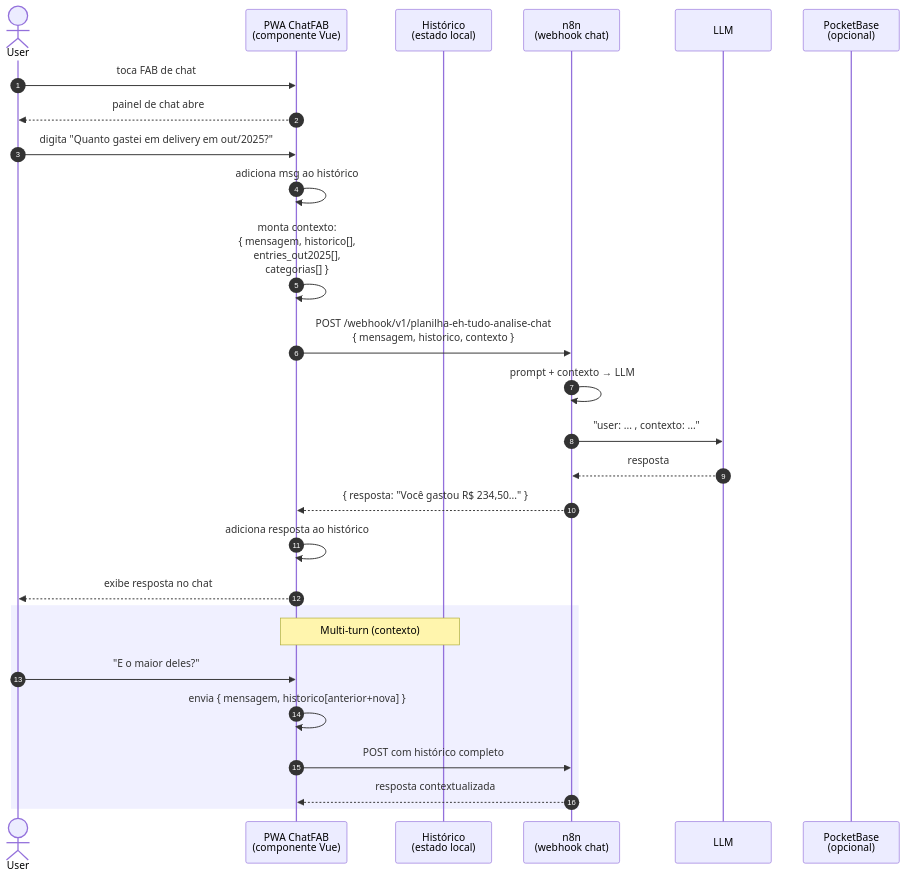
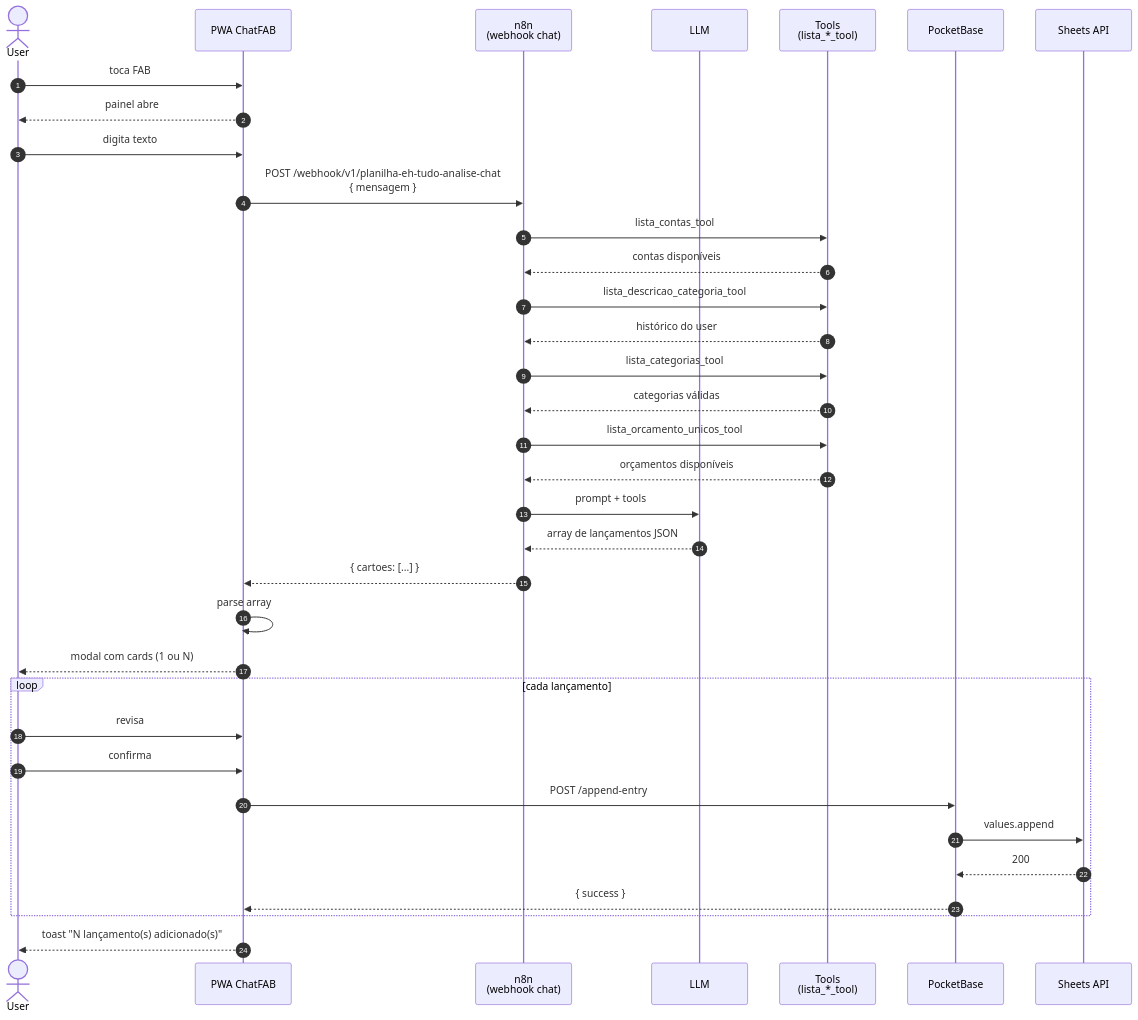
Before and after one commit to edsonlcandido/ehtudoplanilha: the diagram in docs/prd/PRD-012-chat-ia.md, drawn with Mermaid. The commit also changed other lines of this file, not shown here.

First line of the commit message:
reescreve PRD-012 pra refletir a realidade do chat (agente extrator)

````diff
--- a/docs/prd/PRD-012-chat-ia.md
+++ b/docs/prd/PRD-012-chat-ia.md
@@ -129,34 +250,39 @@
 ```mermaid
 sequenceDiagram
     autonumber
     actor U as User
-    participant F as PWA ChatFAB<br/>(componente Vue)
-    participant H as Histórico<br/>(estado local)
+    participant PWA as PWA ChatFAB
     participant N8N as n8n<br/>(webhook chat)
     participant LLM as LLM
-    participant PB as PocketBase<br/>(opcional)
+    participant Tools as Tools<br/>(lista_*_tool)
+    participant PB as PocketBase
+    participant S as Sheets API
 
-    U->>F: toca FAB de chat
-    F-->>U: painel de chat abre
+    U->>PWA: toca FAB
+    PWA-->>U: painel abre
+    U->>PWA: digita texto
+    PWA->>N8N: POST /webhook/v1/planilha-eh-tudo-analise-chat<br/>{ mensagem }
+    N8N->>Tools: lista_contas_tool
+    Tools-->>N8N: contas disponíveis
+    N8N->>Tools: lista_descricao_categoria_tool
+    Tools-->>N8N: histórico do user
+    N8N->>Tools: lista_categorias_tool
+    Tools-->>N8N: categorias válidas
+    N8N->>Tools: lista_orcamento_unicos_tool
+    Tools-->>N8N: orçamentos disponíveis
+    N8N->>LLM: prompt + tools
+    LLM-->>N8N: array de lançamentos JSON
+    N8N-->>PWA: { cartoes: [...] }
 
-    U->>F: digita "Quanto gastei em delivery em out/2025?"
-    F->>F: adiciona msg ao histórico
-    F->>F: monta contexto:<br/>{ mensagem, historico[],<br/>  entries_out2025[],<br/>  categorias[] }
-
-    F->>N8N: POST /webhook/v1/planilha-eh-tudo-analise-chat<br/>{ mensagem, historico, contexto }
-    N8N->>N8N: prompt + contexto → LLM
-    N8N->>LLM: "user: ... , contexto: ..."
-    LLM-->>N8N: resposta
-    N8N-->>F: { resposta: "Você gastou R$ 234,50..." }
-
-    F->>F: adiciona resposta ao histórico
-    F-->>U: exibe resposta no chat
-
-    rect rgb(240, 240, 255)
-    Note over F,H: Multi-turn (contexto)
-    U->>F: "E o maior deles?"
-    F->>F: envia { mensagem, historico[anterior+nova] }
-    F->>N8N: POST com histórico completo
-    N8N-->>F: resposta contextualizada
+    PWA->>PWA: parse array
+    PWA-->>U: modal com cards (1 ou N)
+    loop cada lançamento
+        U->>PWA: revisa
+        U->>PWA: confirma
+        PWA->>PB: POST /append-entry
+        PB->>S: values.append
+        S-->>PB: 200
+        PB-->>PWA: { success }
     end
+    PWA-->>U: toast "N lançamento(s) adicionado(s)"
 ```
````
